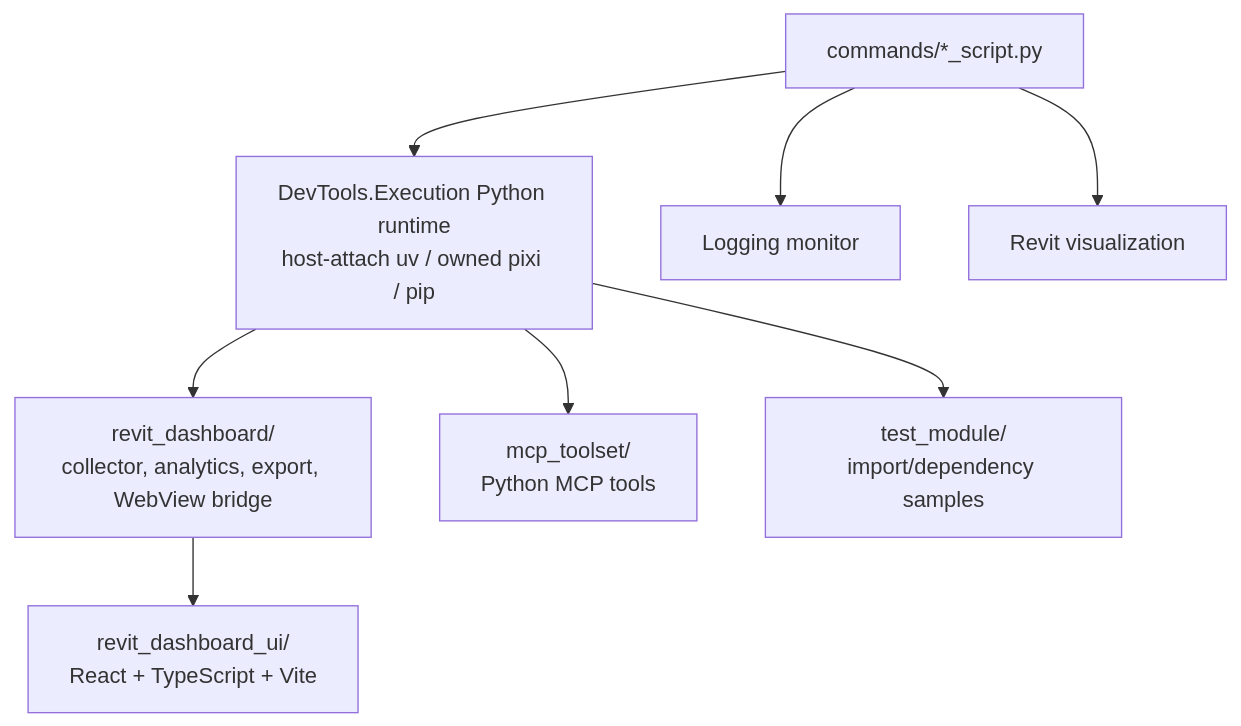
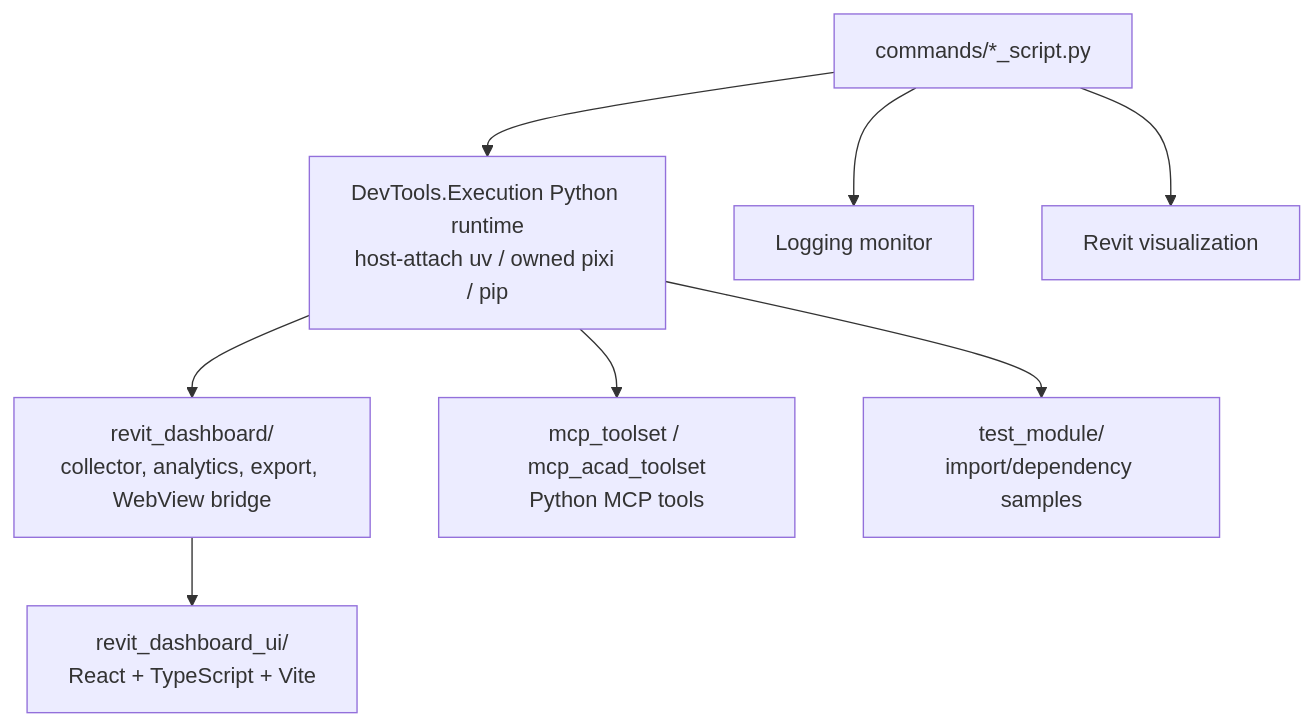
The diagram in docs/architecture/PythonDemo/README.md (trgiangv/RevitDevTool), drawn with Mermaid before and after one commit. The commit also changed other lines of this file and 26 other files, not shown here.

First line of the commit message:
feat(samples): add AutoCAD Python MCP toolset and IronPython debug script

````diff
--- a/docs/architecture/PythonDemo/README.md
+++ b/docs/architecture/PythonDemo/README.md
@@ -23,19 +24,19 @@
 ```mermaid
 flowchart TB
     Commands["commands/*_script.py"]
     Runtime["DevTools.Execution Python runtime\nhost-attach uv / owned pixi / pip"]
     Dashboard["revit_dashboard/\ncollector, analytics, export, WebView bridge"]
     UI["revit_dashboard_ui/\nReact + TypeScript + Vite"]
-    MCP["mcp_toolset/\nPython MCP tools"]
+    MCP["mcp_toolset / mcp_acad_toolset\nPython MCP tools"]
     TestModule["test_module/\nimport/dependency samples"]
     Logging["Logging monitor"]
     Viz["Revit visualization"]
 
     Commands --> Runtime
     Runtime --> Dashboard
     Dashboard --> UI
     Runtime --> MCP
     Runtime --> TestModule
     Commands --> Logging
     Commands --> Viz
 ```
````
